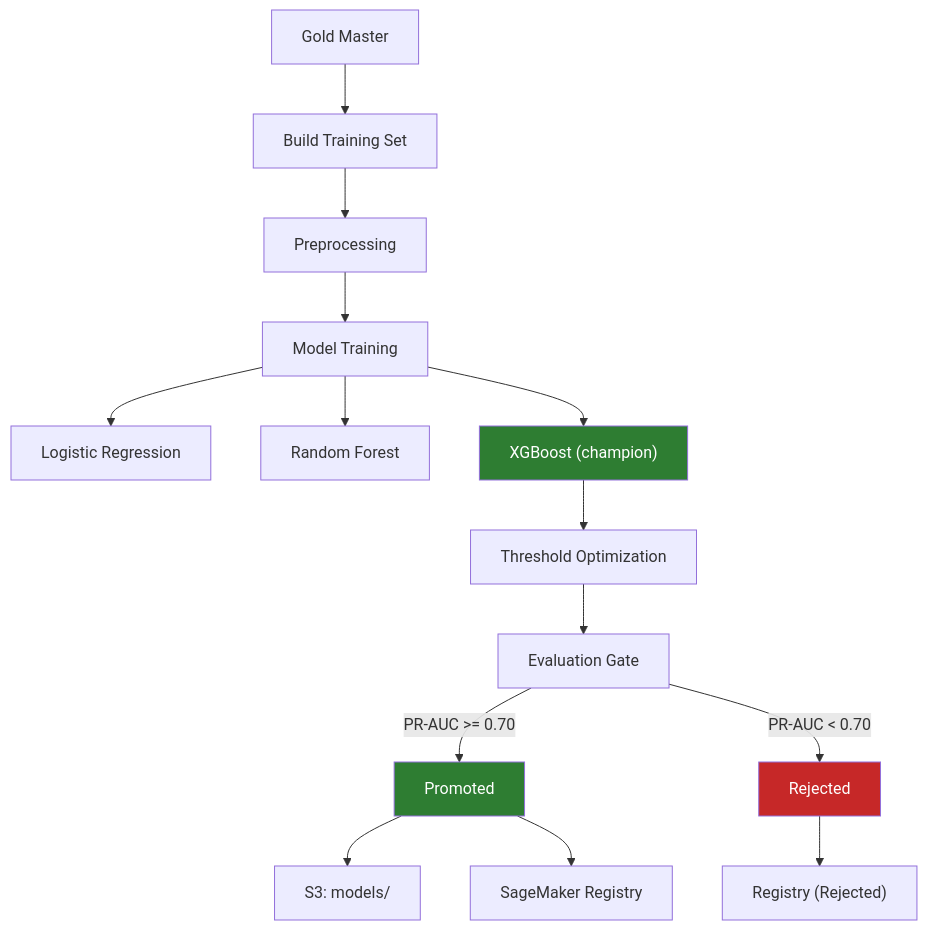
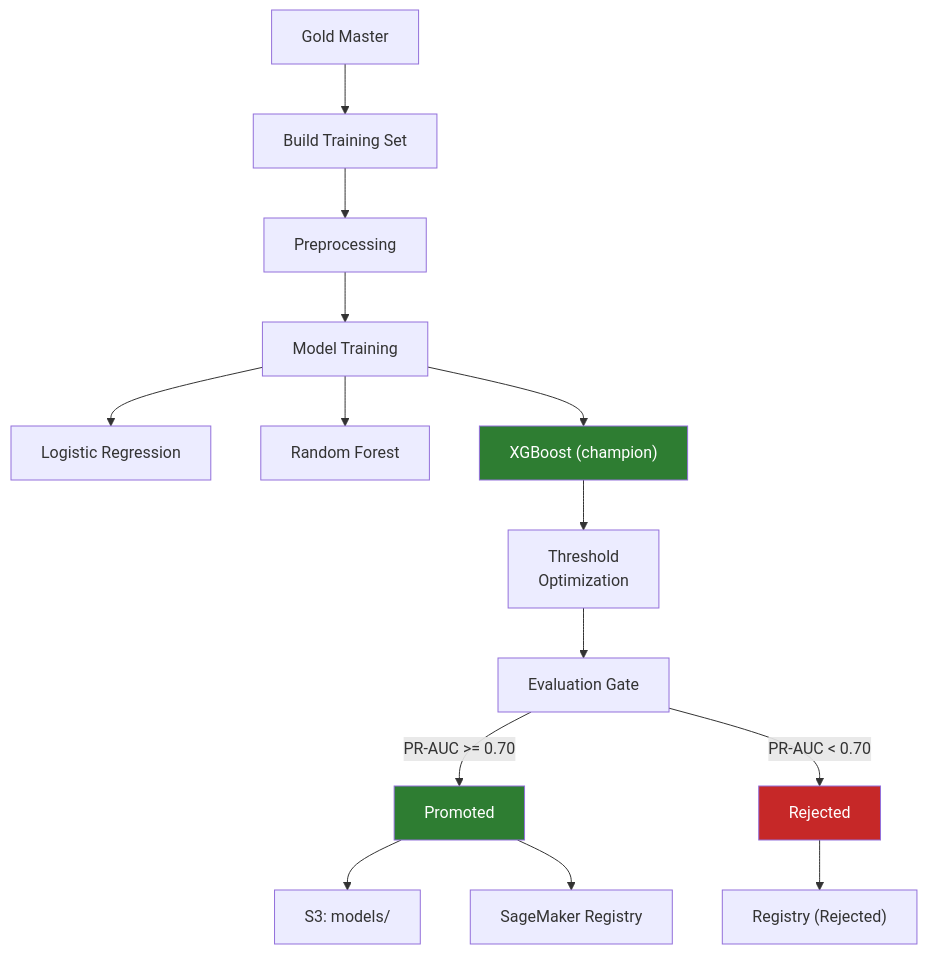
Before and after one commit to rawad-yared/bcgx-spanishgas-g1: the fourth of 8 diagrams in README.md, drawn with Mermaid. The commit also changed other lines of this file, not shown here.

First line of the commit message:
Fix Mermaid diagram truncation and correct feature tier content

````diff
--- a/README.md
+++ b/README.md
@@ -258,25 +220,25 @@
 ```mermaid
 graph TD
     GM["Gold Master"] --> BTS["Build Training Set"]
     BTS --> PP["Preprocessing"]
     PP --> TRAIN["Model Training"]
 
     TRAIN --> LR["Logistic Regression"]
     TRAIN --> RF["Random Forest"]
     TRAIN --> XGB["XGBoost (champion)"]
 
-    XGB --> THRESH["Threshold Optimization"]
+    XGB --> THRESH["Threshold<br>Optimization"]
     THRESH --> EVAL["Evaluation Gate"]
 
     EVAL -->|"PR-AUC >= 0.70"| PASS["Promoted"]
     EVAL -->|"PR-AUC < 0.70"| FAIL["Rejected"]
 
     PASS --> S3_MODELS["S3: models/"]
     PASS --> SM_REG["SageMaker Registry"]
 
     FAIL --> SM_REJ["Registry (Rejected)"]
 
     style XGB fill:#2e7d32,color:#fff
     style PASS fill:#2e7d32,color:#fff
     style FAIL fill:#c62828,color:#fff
 ```
````
